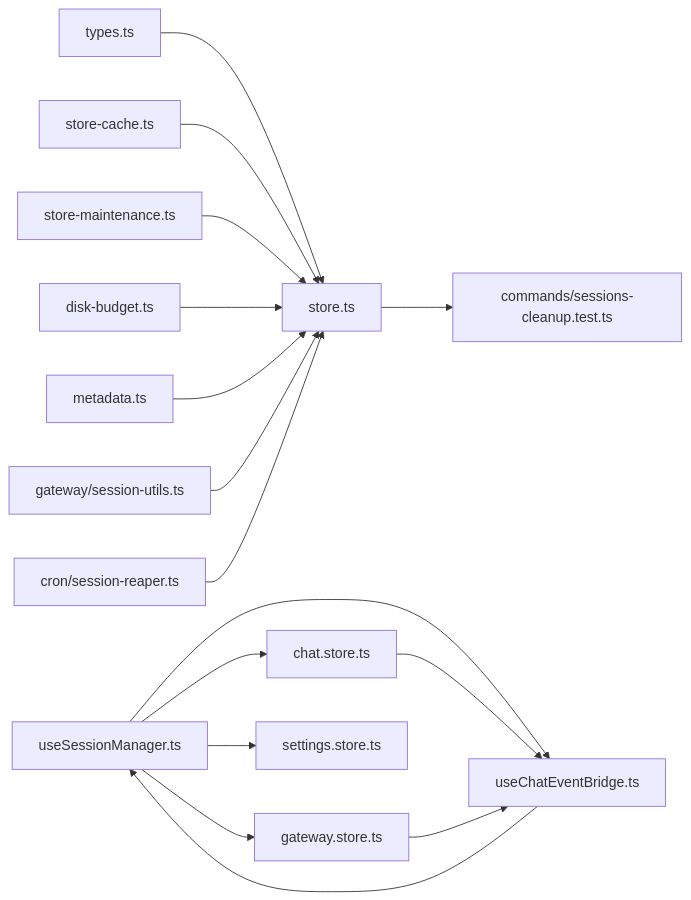
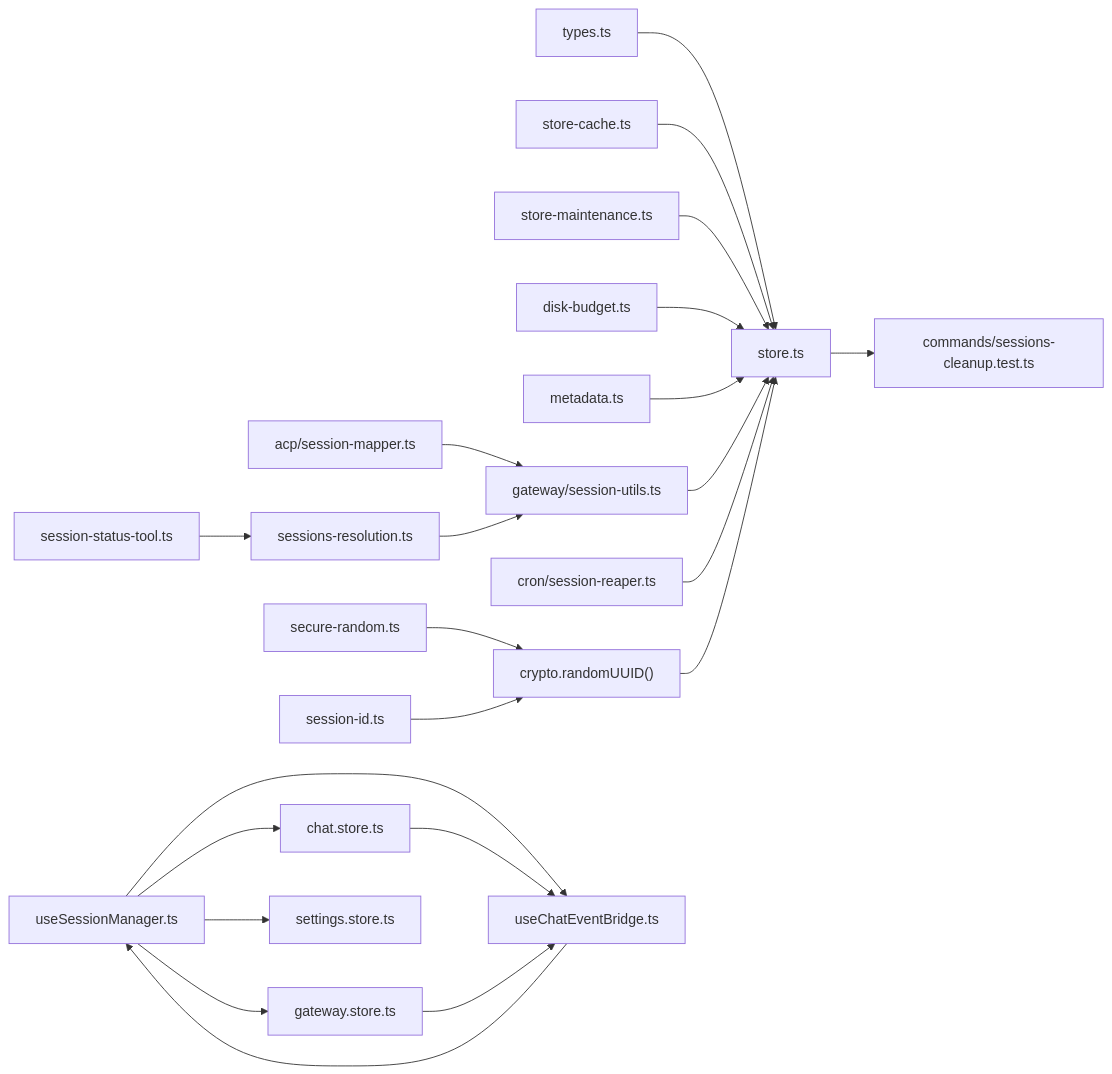
Before and after one commit to verse-ai-org/openclaw: diagram 13 of 13 in .qoder/repowiki/zh/content/核心概念/会话管理.md, drawn with Mermaid. The commit also changed other lines of this file and 9 other files, not shown here.

````diff
--- a/.qoder/repowiki/zh/content/核心概念/会话管理.md
+++ b/.qoder/repowiki/zh/content/核心概念/会话管理.md
@@ -558,18 +657,24 @@
 ```mermaid
 graph LR
 Types["types.ts"] --> Store["store.ts"]
 StoreCache["store-cache.ts"] --> Store
 Maint["store-maintenance.ts"] --> Store
 Disk["disk-budget.ts"] --> Store
 Meta["metadata.ts"] --> Store
 Utils["gateway/session-utils.ts"] --> Store
 Cron["cron/session-reaper.ts"] --> Store
+Crypto["crypto.randomUUID()"] --> Store
+SecureRand["secure-random.ts"] --> Crypto
+SessionId["session-id.ts"] --> Crypto
+ACPM["acp/session-mapper.ts"] --> Utils
+SessRes["sessions-resolution.ts"] --> Utils
+SessTool["session-status-tool.ts"] --> SessRes
 Store --> Tests["commands/sessions-cleanup.test.ts"]
 USM["useSessionManager.ts"] --> ChatStore["chat.store.ts"]
 USM --> GatewayStore["gateway.store.ts"]
 USM --> SettingsStore["settings.store.ts"]
 USM --> ChatEventBridge["useChatEventBridge.ts"]
 ChatStore --> ChatEventBridge
 GatewayStore --> ChatEventBridge
 ChatEventBridge --> USM
 ```
````
